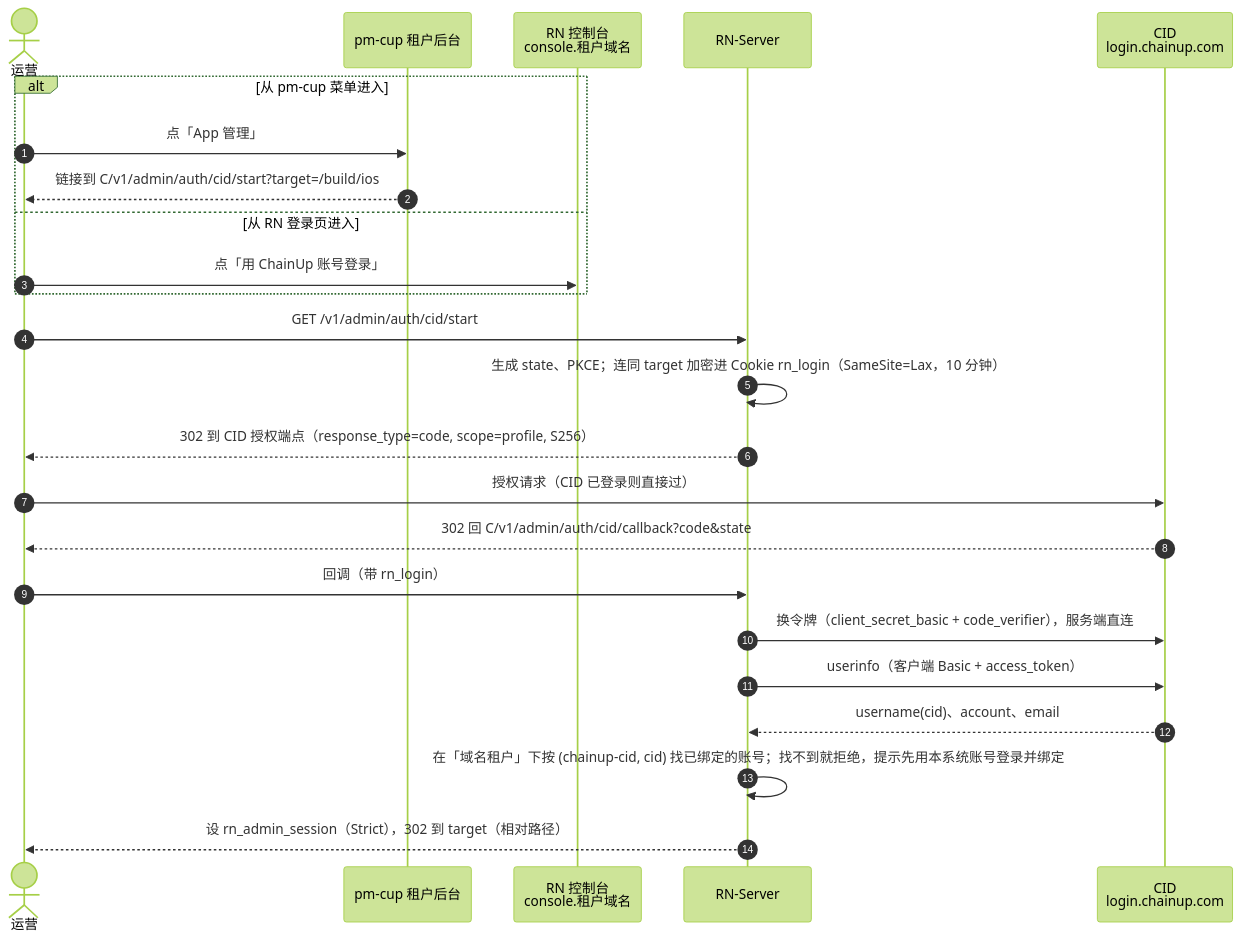
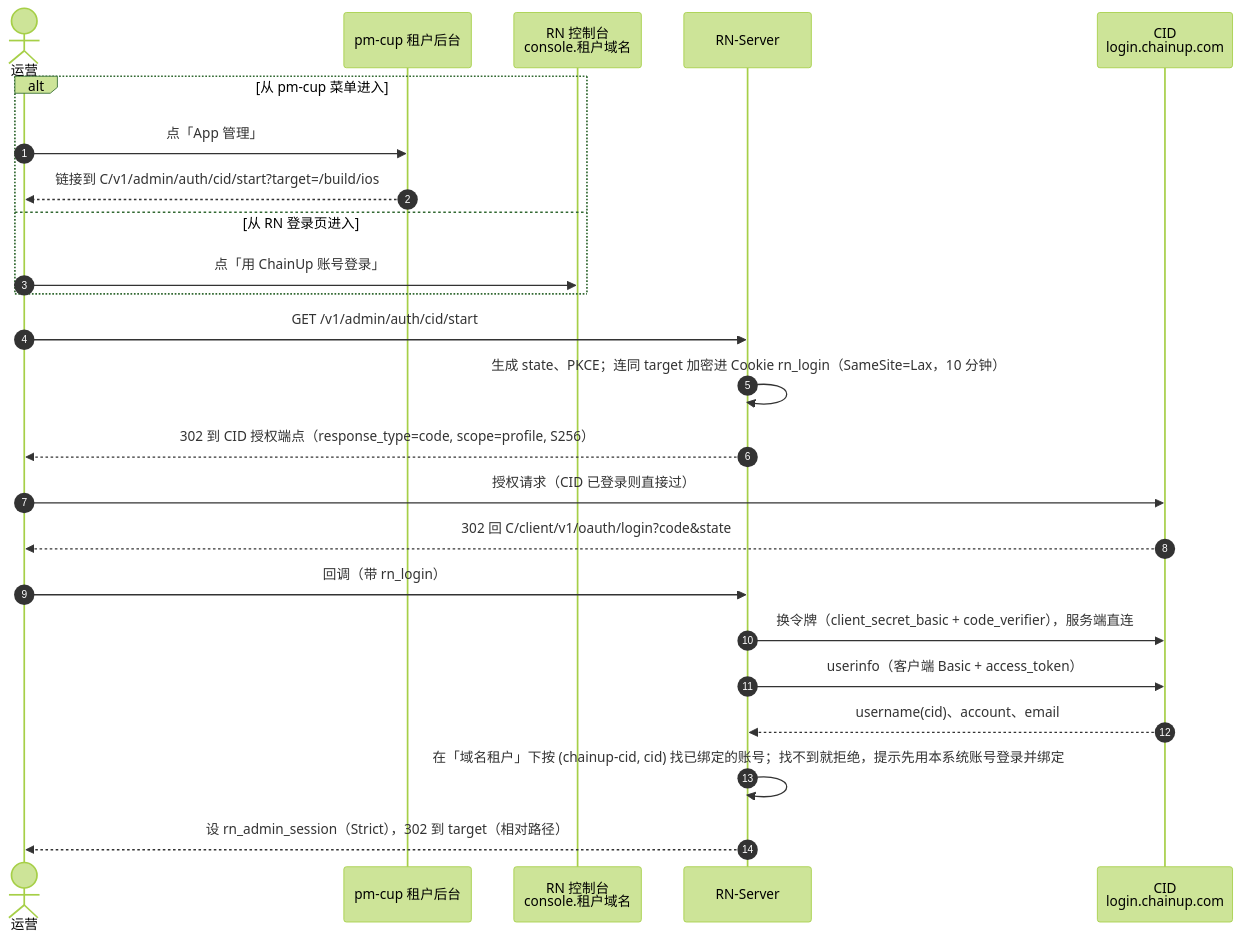
One commit to Helix2010/RN-Server changed the first of 2 diagrams in docs/design/tenant-console-accounts-and-sso-2026-09-25.md. Above: the diagram before and after it, drawn with Mermaid (forest theme). The commit also changed other lines of this file, not shown here.

First line of the commit message:
docs(design): 开发期先用自建认证中心；同父域名共享登录态；按源码核对 CID 的推测

````diff
--- a/docs/design/tenant-console-accounts-and-sso-2026-09-25.md
+++ b/docs/design/tenant-console-accounts-and-sso-2026-09-25.md
@@ -181,27 +183,27 @@
 ```mermaid
 sequenceDiagram
   autonumber
   actor U as 运营
   participant P as pm-cup 租户后台
   participant C as RN 控制台<br/>console.租户域名
   participant S as RN-Server
   participant I as CID<br/>login.chainup.com
 
   alt 从 pm-cup 菜单进入
     U->>P: 点「App 管理」
     P-->>U: 链接到 C/v1/admin/auth/cid/start?target=/build/ios
   else 从 RN 登录页进入
     U->>C: 点「用 ChainUp 账号登录」
   end
   U->>S: GET /v1/admin/auth/cid/start
   S->>S: 生成 state、PKCE；连同 target 加密进 Cookie rn_login（SameSite=Lax，10 分钟）
   S-->>U: 302 到 CID 授权端点（response_type=code, scope=profile, S256）
   U->>I: 授权请求（CID 已登录则直接过）
-  I-->>U: 302 回 C/v1/admin/auth/cid/callback?code&state
+  I-->>U: 302 回 C/client/v1/oauth/login?code&state
   U->>S: 回调（带 rn_login）
   S->>I: 换令牌（client_secret_basic + code_verifier），服务端直连
   S->>I: userinfo（客户端 Basic + access_token）
   I-->>S: username(cid)、account、email
   S->>S: 在「域名租户」下按 (chainup-cid, cid) 找已绑定的账号；找不到就拒绝，提示先用本系统账号登录并绑定
   S-->>U: 设 rn_admin_session（Strict），302 到 target（相对路径）
 ```
````
